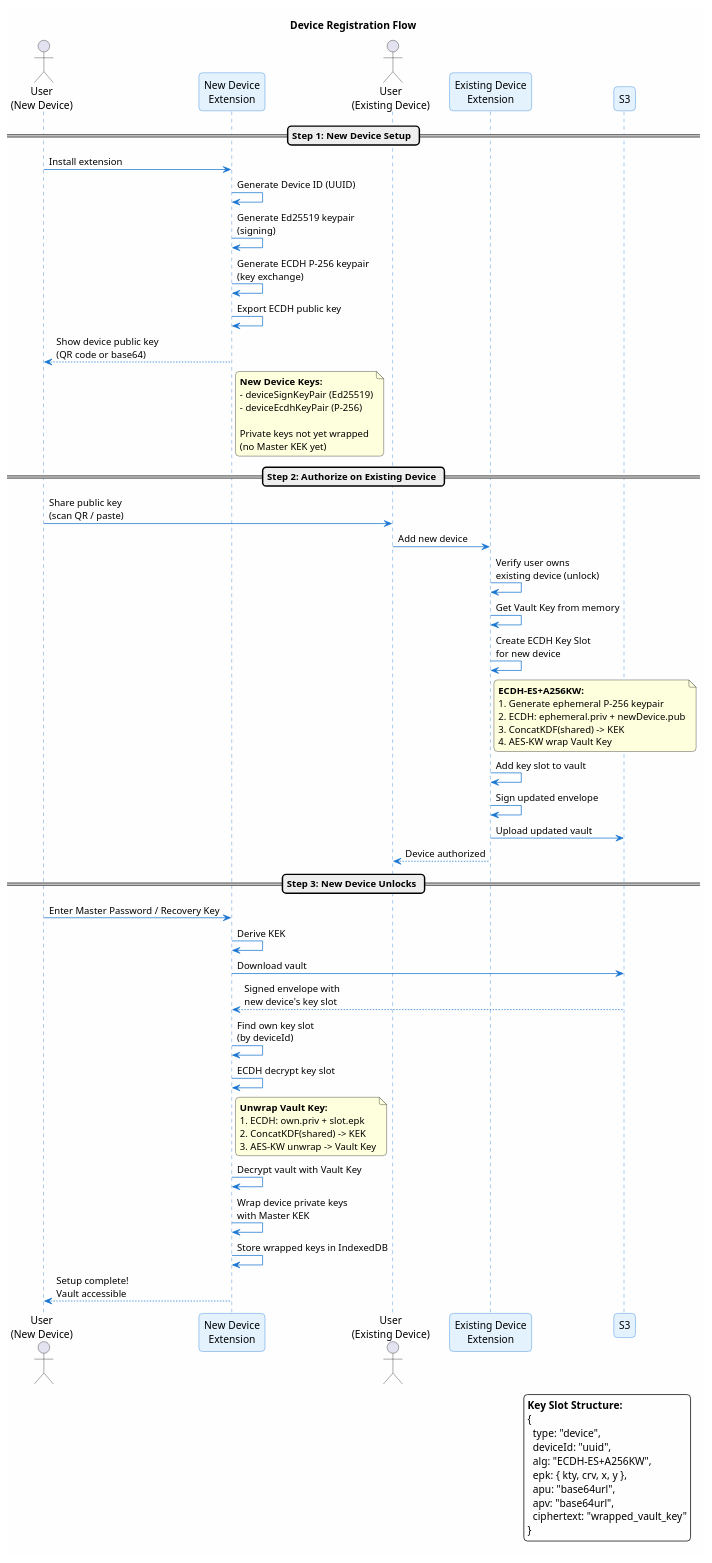
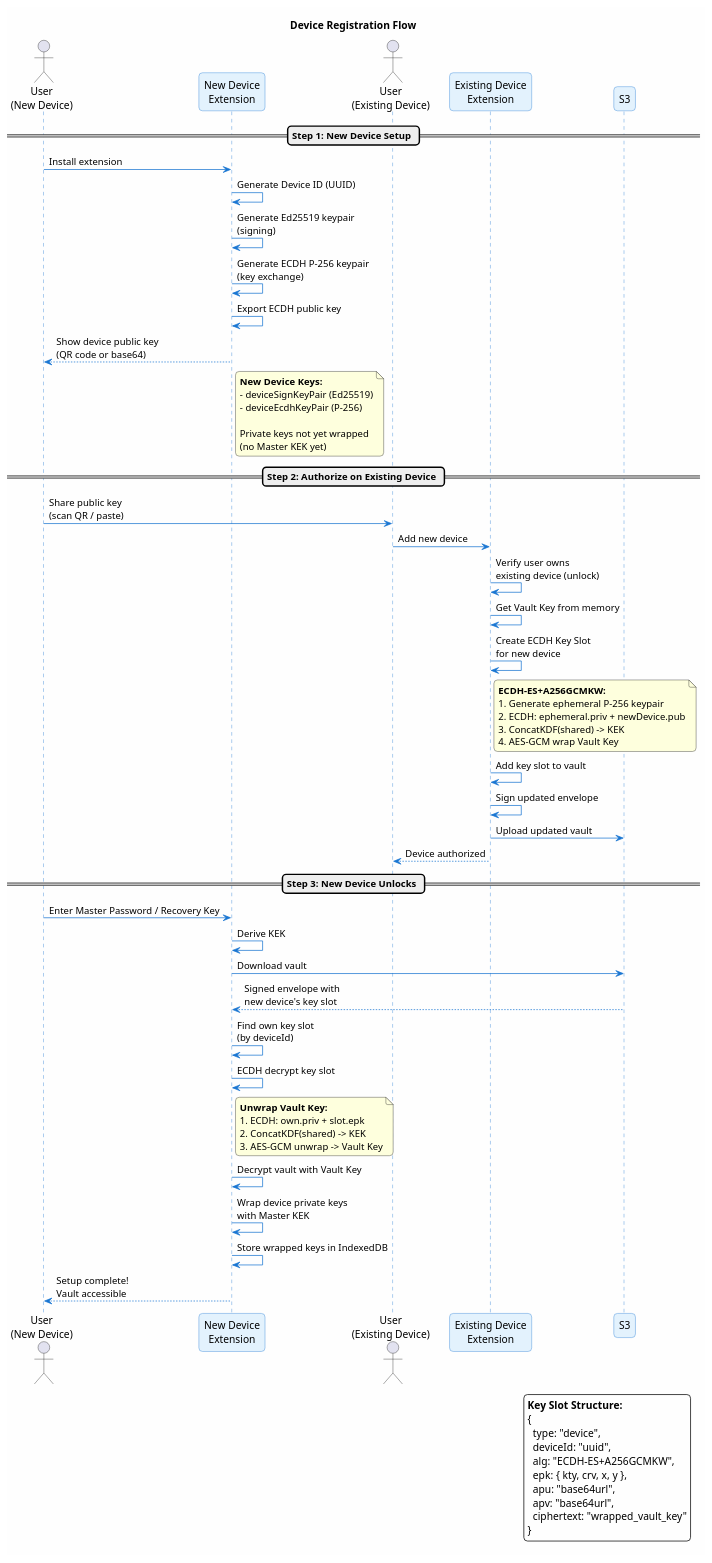
Before and after one commit to ArionStudio/engr-serverless-pm: the diagram in docs/architecture/sequence/03-multi-device-registration.sequence.puml, drawn with PlantUML. The commit also changed 23 other files, not shown here.

First line of the commit message:
feat(extension): migrate key wrapping from AES-KW to AES-256-GCM (A256GCMKW)

```diff
--- a/docs/architecture/sequence/03-multi-device-registration.sequence.puml
+++ b/docs/architecture/sequence/03-multi-device-registration.sequence.puml
@@ -1,100 +1,100 @@
 @startuml 03-multi-device-registration
 title Device Registration Flow
 
 skinparam backgroundColor #FEFEFE
 skinparam roundcorner 10
 skinparam shadowing false
 
 skinparam sequence {
     ArrowColor #1976D2
     LifeLineBorderColor #1976D2
     ParticipantBackgroundColor #E3F2FD
     ParticipantBorderColor #1976D2
 }
 
 actor "User\n(New Device)" as userNew
 participant "New Device\nExtension" as newDev
 actor "User\n(Existing Device)" as userExisting
 participant "Existing Device\nExtension" as existingDev
 participant "S3" as s3
 
 == Step 1: New Device Setup ==
 
 userNew -> newDev : Install extension
 newDev -> newDev : Generate Device ID (UUID)
 newDev -> newDev : Generate Ed25519 keypair\n(signing)
 newDev -> newDev : Generate ECDH P-256 keypair\n(key exchange)
 
 newDev -> newDev : Export ECDH public key
 newDev --> userNew : Show device public key\n(QR code or base64)
 
 note right of newDev
     **New Device Keys:**
     - deviceSignKeyPair (Ed25519)
     - deviceEcdhKeyPair (P-256)
 
     Private keys not yet wrapped
     (no Master KEK yet)
 end note
 
 == Step 2: Authorize on Existing Device ==
 
 userNew -> userExisting : Share public key\n(scan QR / paste)
 userExisting -> existingDev : Add new device
 
 existingDev -> existingDev : Verify user owns\nexisting device (unlock)
 
 existingDev -> existingDev : Get Vault Key from memory
 
 existingDev -> existingDev : Create ECDH Key Slot\nfor new device
 note right of existingDev
-    **ECDH-ES+A256KW:**
+    **ECDH-ES+A256GCMKW:**
     1. Generate ephemeral P-256 keypair
     2. ECDH: ephemeral.priv + newDevice.pub
     3. ConcatKDF(shared) -> KEK
-    4. AES-KW wrap Vault Key
+    4. AES-GCM wrap Vault Key
 end note
 
 existingDev -> existingDev : Add key slot to vault
 existingDev -> existingDev : Sign updated envelope
 existingDev -> s3 : Upload updated vault
 
 existingDev --> userExisting : Device authorized
 
 == Step 3: New Device Unlocks ==
 
 userNew -> newDev : Enter Master Password / Recovery Key
 newDev -> newDev : Derive KEK
 
 newDev -> s3 : Download vault
 s3 --> newDev : Signed envelope with\nnew device's key slot
 
 newDev -> newDev : Find own key slot\n(by deviceId)
 newDev -> newDev : ECDH decrypt key slot
 note right of newDev
     **Unwrap Vault Key:**
     1. ECDH: own.priv + slot.epk
     2. ConcatKDF(shared) -> KEK
-    3. AES-KW unwrap -> Vault Key
+    3. AES-GCM unwrap -> Vault Key
 end note
 
 newDev -> newDev : Decrypt vault with Vault Key
 newDev -> newDev : Wrap device private keys\nwith Master KEK
 newDev -> newDev : Store wrapped keys in IndexedDB
 
 newDev --> userNew : Setup complete!\nVault accessible
 
 legend right
     **Key Slot Structure:**
     {
       type: "device",
       deviceId: "uuid",
-      alg: "ECDH-ES+A256KW",
+      alg: "ECDH-ES+A256GCMKW",
       epk: { kty, crv, x, y },
       apu: "base64url",
       apv: "base64url",
       ciphertext: "wrapped_vault_key"
     }
 endlegend
 
 @enduml
```
